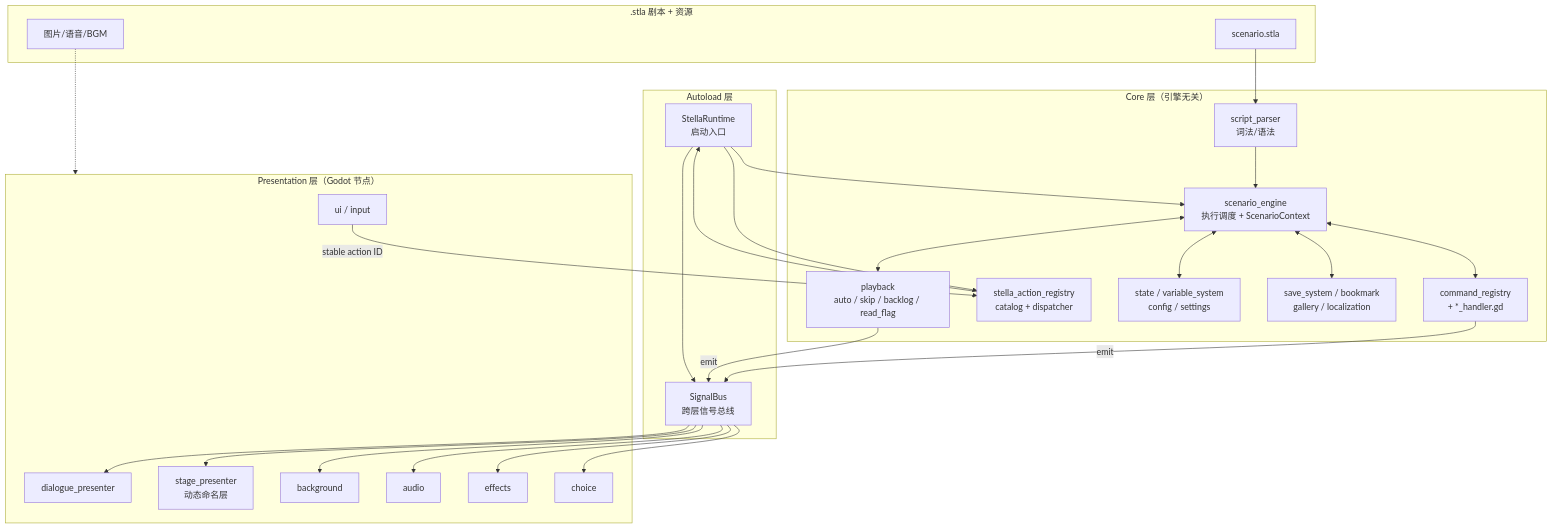
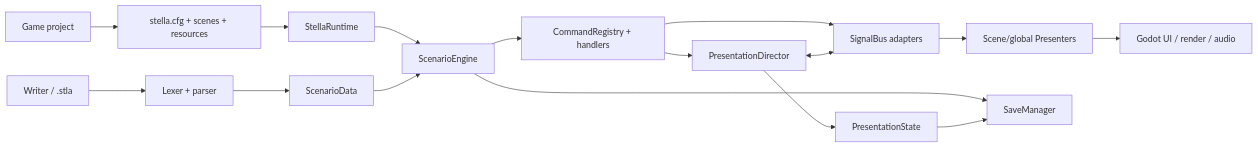
Before and after one commit to butter-stella/stella: the first of 4 diagrams in docs/ARCHITECTURE.md, drawn with Mermaid. The commit also changed other lines of this file and 8 other files, not shown here.

Commit message:
docs: clarify architecture ownership and risks

````diff
--- a/docs/ARCHITECTURE.md
+++ b/docs/ARCHITECTURE.md
@@ -32,51 +42,18 @@
 ```mermaid
-flowchart TB
-    subgraph Content[".stla 剧本 + 资源"]
-        STLA[scenario.stla]
-        ASSETS[图片/语音/BGM]
-    end
-
-    subgraph Autoload["Autoload 层"]
-        RT[StellaRuntime<br/>启动入口]
-        BUS[SignalBus<br/>跨层信号总线]
-    end
-
-    subgraph Core["Core 层（引擎无关）"]
-        PARSER[script_parser<br/>词法/语法]
-        ENGINE[scenario_engine<br/>执行调度 + ScenarioContext]
-        REG[command_registry<br/>+ *_handler.gd]
-        ACTION[stella_action_registry<br/>catalog + dispatcher]
-        STATE[state / variable_system<br/>config / settings]
-        SAVE[save_system / bookmark<br/>gallery / localization]
-        PLAY[playback<br/>auto / skip / backlog / read_flag]
-    end
-
-    subgraph Presentation["Presentation 层（Godot 节点）"]
-        DLG[dialogue_presenter]
-        STAGE[stage_presenter<br/>动态命名层]
-        BG[background]
-        AUD[audio]
-        FX[effects]
-        CHO[choice]
-        UI[ui / input]
-    end
-
-    STLA --> PARSER --> ENGINE
-    ASSETS -.-> Presentation
-    RT --> ENGINE
-    RT --> ACTION
-    ENGINE <--> REG
-    ENGINE <--> STATE
-    ENGINE <--> SAVE
-    ENGINE <--> PLAY
-    REG -- emit --> BUS
-    PLAY -- emit --> BUS
-    BUS --> DLG
-    BUS --> STAGE
-    BUS --> BG
-    BUS --> AUD
-    BUS --> FX
-    BUS --> CHO
-    UI -- stable action ID --> ACTION --> RT
-    RT --> BUS
+flowchart LR
+    Author[Writer / .stla] --> Parser[Lexer + parser]
+    Host[Game project] --> Config[stella.cfg + scenes + resources]
+    Parser --> Model[ScenarioData]
+    Config --> Runtime[StellaRuntime]
+    Runtime --> Engine[ScenarioEngine]
+    Model --> Engine
+    Engine --> Handler[CommandRegistry + handlers]
+    Handler --> Director[PresentationDirector]
+    Handler --> Bus[SignalBus adapters]
+    Director <--> Bus
+    Bus --> Presenter[Scene/global Presenters]
+    Presenter --> Player[Godot UI / render / audio]
+    Director --> Projection[PresentationState]
+    Engine --> Save[SaveManager]
+    Projection --> Save
 ```
````
